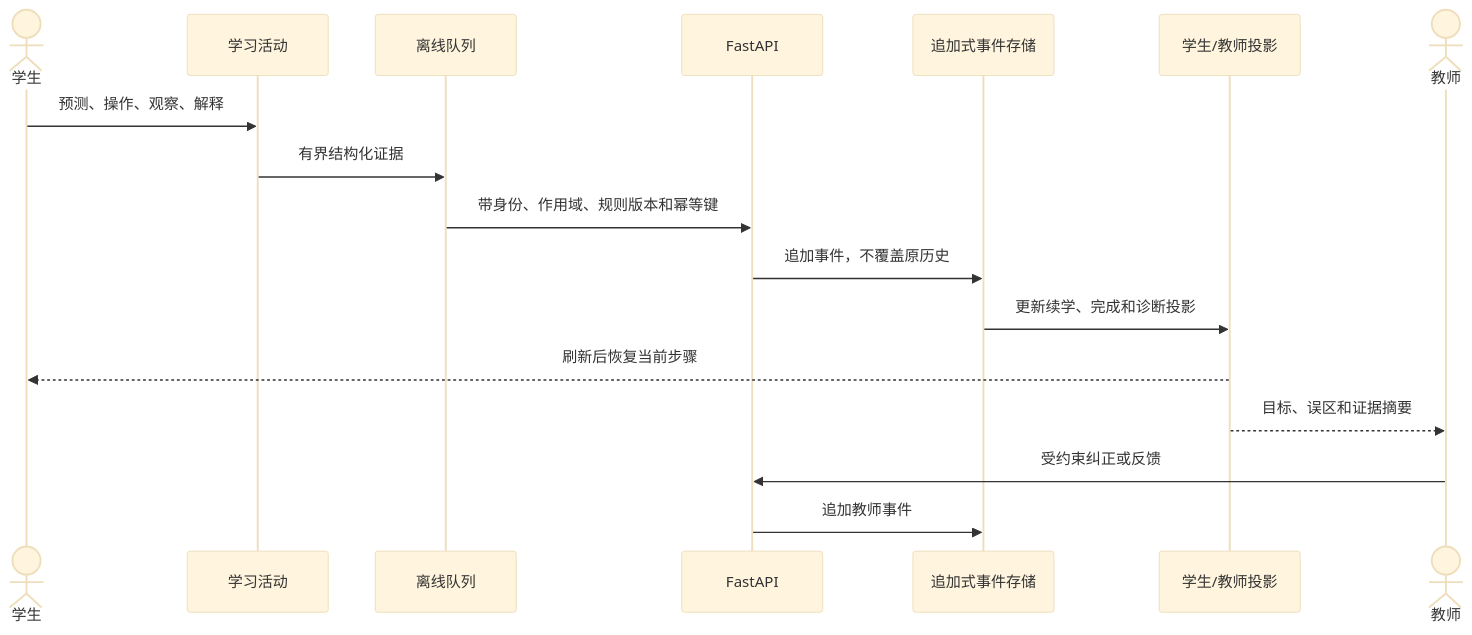
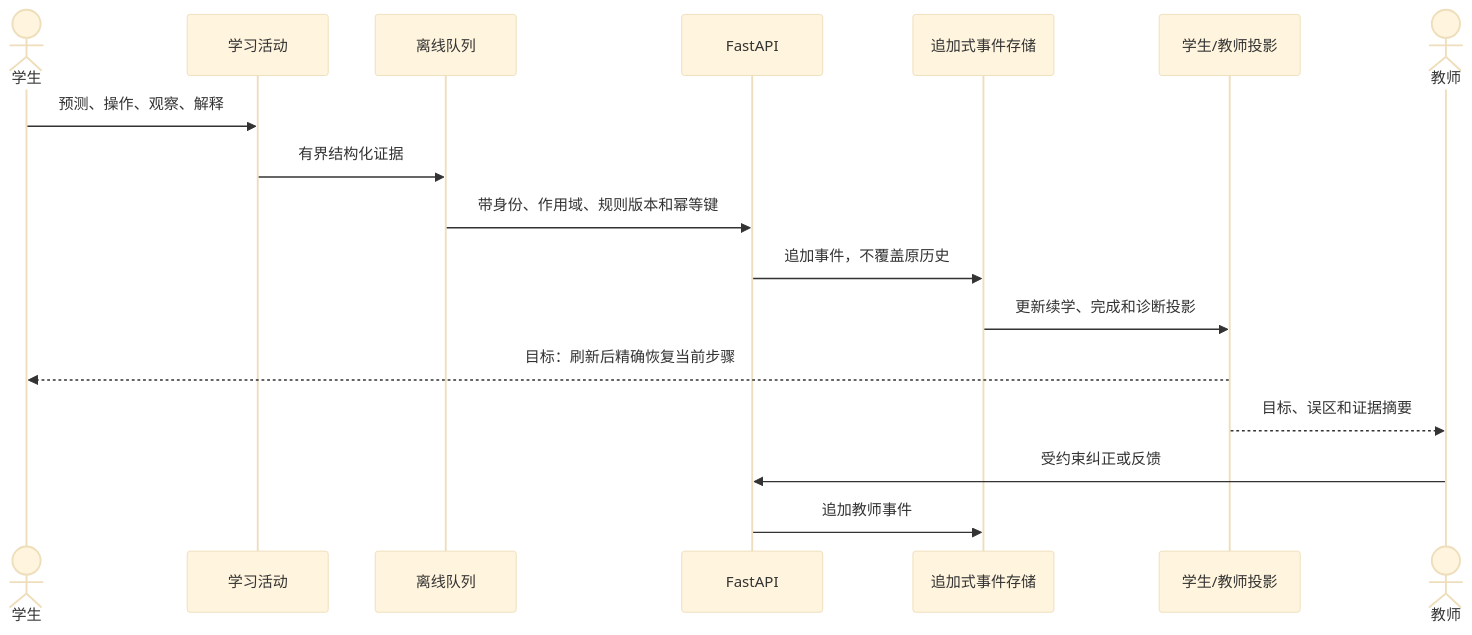
The fourth of 6 diagrams in doc/02-项目规划.md (falling-feather/Astra), drawn with Mermaid (base theme) before and after one commit. The commit also changed other lines of this file and 1 other file, not shown here.

````diff
--- a/doc/02-项目规划.md
+++ b/doc/02-项目规划.md
@@ -255,20 +258,20 @@
 ```mermaid
 sequenceDiagram
     actor S as 学生
     participant A as 学习活动
     participant Q as 离线队列
     participant API as FastAPI
     participant E as 追加式事件存储
     participant P as 学生/教师投影
     actor T as 教师
 
     S->>A: 预测、操作、观察、解释
     A->>Q: 有界结构化证据
     Q->>API: 带身份、作用域、规则版本和幂等键
     API->>E: 追加事件，不覆盖原历史
     E->>P: 更新续学、完成和诊断投影
-    P-->>S: 刷新后恢复当前步骤
+    P-->>S: 目标：刷新后精确恢复当前步骤
     P-->>T: 目标、误区和证据摘要
     T->>API: 受约束纠正或反馈
     API->>E: 追加教师事件
 ```
````
